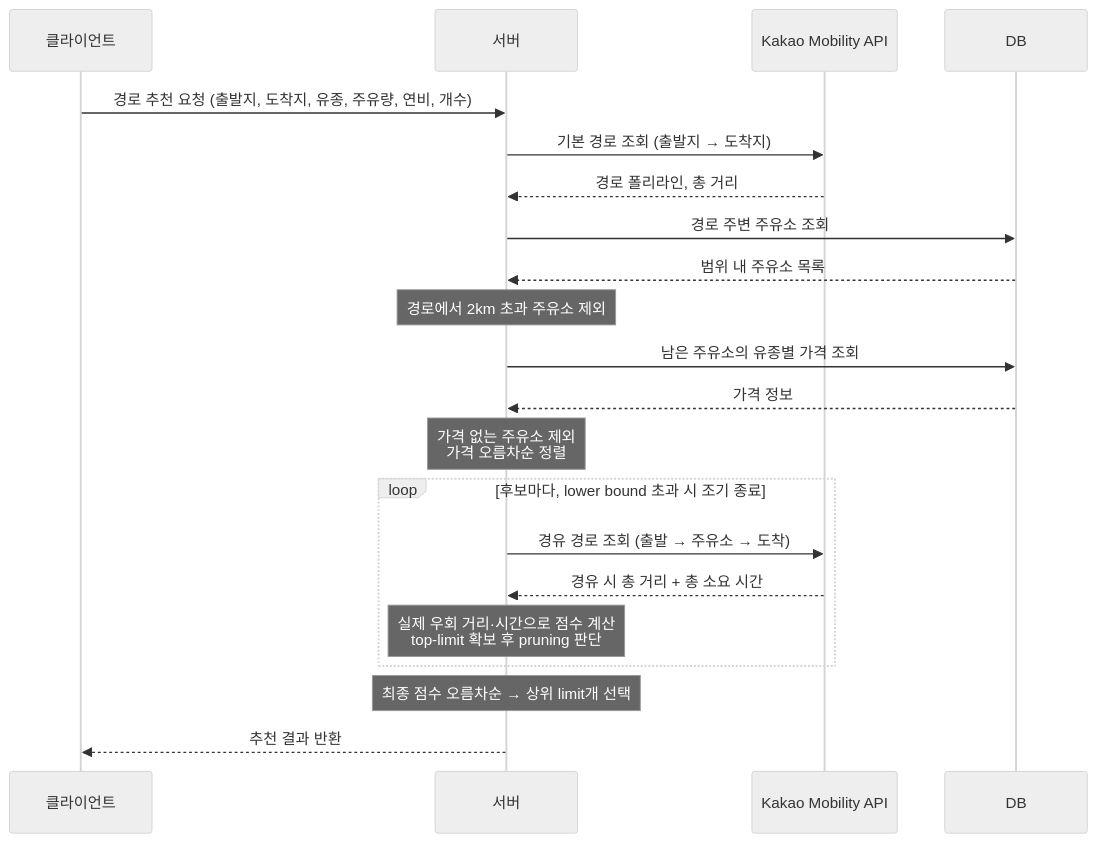
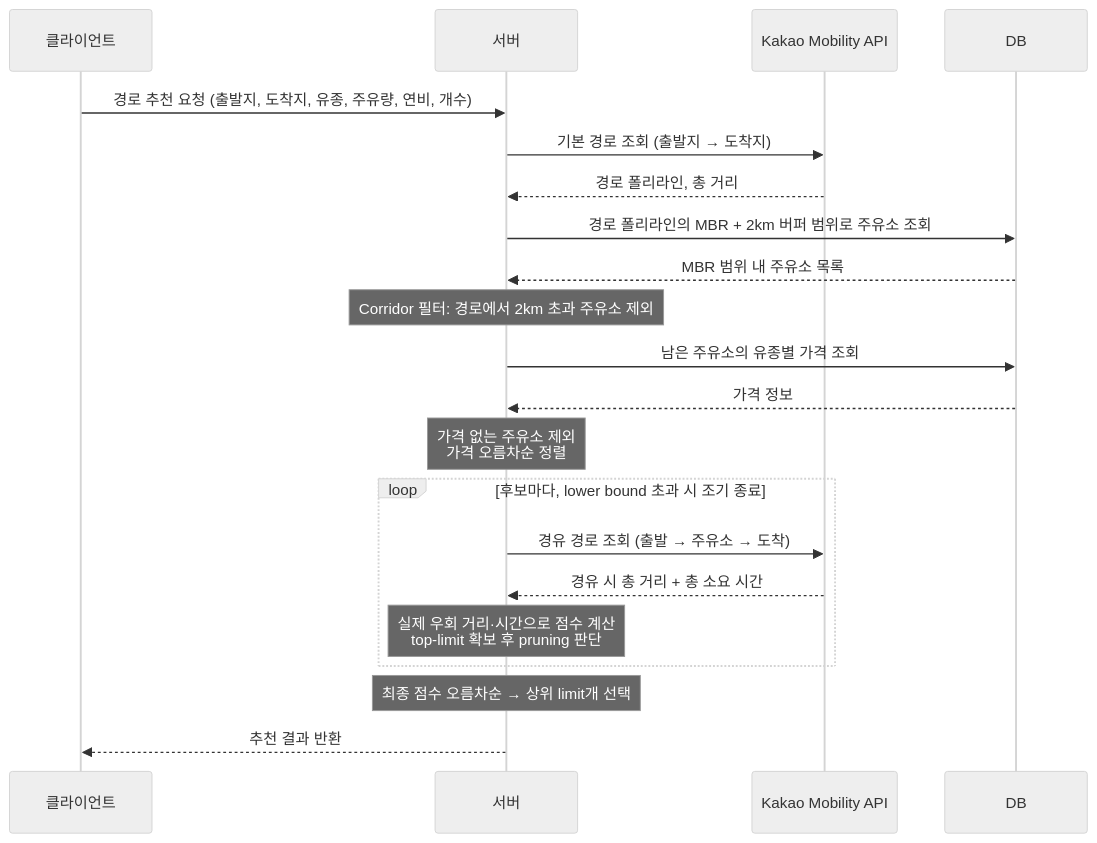
One commit to m-a-king/location-based-gas-station-recommendation changed the third of 4 diagrams in docs/recommendation-flow.md. Above: the diagram before and after it, drawn with Mermaid (neutral theme). The commit also changed other lines of this file, not shown here.

Commit message:
docs: 경로 기반 추천 플로우에 MBR 용어 추가
- 시퀀스 다이어그램에 MBR + 버퍼, Corridor 필터 용어 명시
- 플로우차트 ②단계 제목을 "MBR 기반 후보 조회"로 변경

````diff
--- a/docs/recommendation-flow.md
+++ b/docs/recommendation-flow.md
@@ -105,29 +105,29 @@
 ```mermaid
 sequenceDiagram
     participant Client as 클라이언트
     participant Server as 서버
     participant Kakao as Kakao Mobility API
     participant DB as DB
 
     Client->>Server: 경로 추천 요청 (출발지, 도착지, 유종, 주유량, 연비, 개수)
 
     Server->>Kakao: 기본 경로 조회 (출발지 → 도착지)
     Kakao-->>Server: 경로 폴리라인, 총 거리
 
-    Server->>DB: 경로 주변 주유소 조회
-    DB-->>Server: 범위 내 주유소 목록
-    Note over Server: 경로에서 2km 초과 주유소 제외
+    Server->>DB: 경로 폴리라인의 MBR + 2km 버퍼 범위로 주유소 조회
+    DB-->>Server: MBR 범위 내 주유소 목록
+    Note over Server: Corridor 필터: 경로에서 2km 초과 주유소 제외
 
     Server->>DB: 남은 주유소의 유종별 가격 조회
     DB-->>Server: 가격 정보
     Note over Server: 가격 없는 주유소 제외<br/>가격 오름차순 정렬
 
     loop 후보마다, lower bound 초과 시 조기 종료
         Server->>Kakao: 경유 경로 조회 (출발 → 주유소 → 도착)
         Kakao-->>Server: 경유 시 총 거리 + 총 소요 시간
         Note over Server: 실제 우회 거리·시간으로 점수 계산<br/>top-limit 확보 후 pruning 판단
     end
 
     Note over Server: 최종 점수 오름차순 → 상위 limit개 선택
     Server-->>Client: 추천 결과 반환
 ```
````
